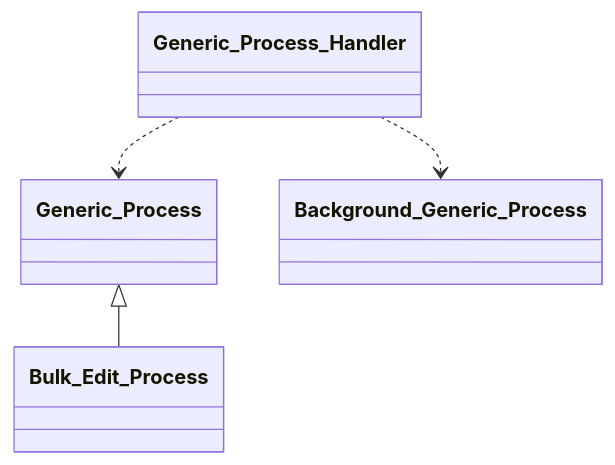
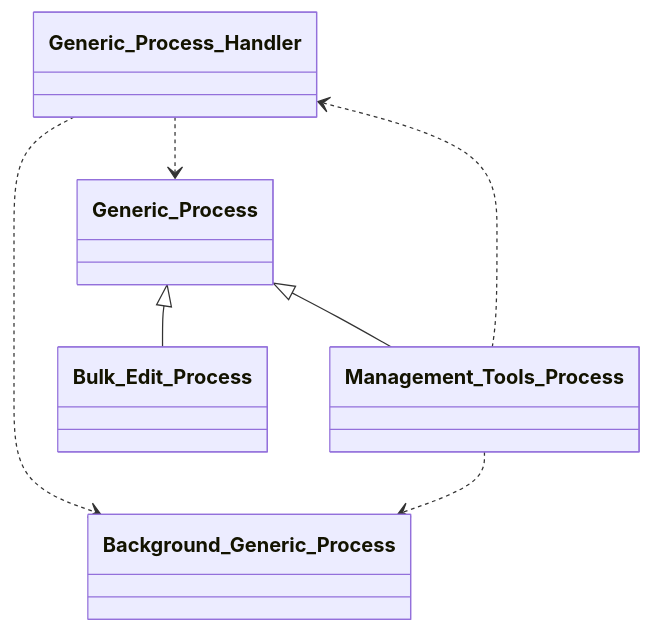
The diagram in docs/diagrams/tainacan-namespace-Tainacan-GenericProcess.mmd (tainacan/tainacan), drawn with Mermaid before and after one commit. The commit also changed 27 other files, not shown here.

```diff
--- a/docs/diagrams/tainacan-namespace-Tainacan-GenericProcess.mmd
+++ b/docs/diagrams/tainacan-namespace-Tainacan-GenericProcess.mmd
@@ -1,9 +1,13 @@
 classDiagram
     direction TB
     class Bulk_Edit_Process { }
     class Generic_Process_Handler { }
+    class Management_Tools_Process { }
     class Generic_Process { }
     class Background_Generic_Process { }
     Generic_Process <|-- Bulk_Edit_Process
+    Generic_Process <|-- Management_Tools_Process
     Generic_Process_Handler ..> Background_Generic_Process
     Generic_Process_Handler ..> Generic_Process
+    Management_Tools_Process ..> Background_Generic_Process
+    Management_Tools_Process ..> Generic_Process_Handler
```
